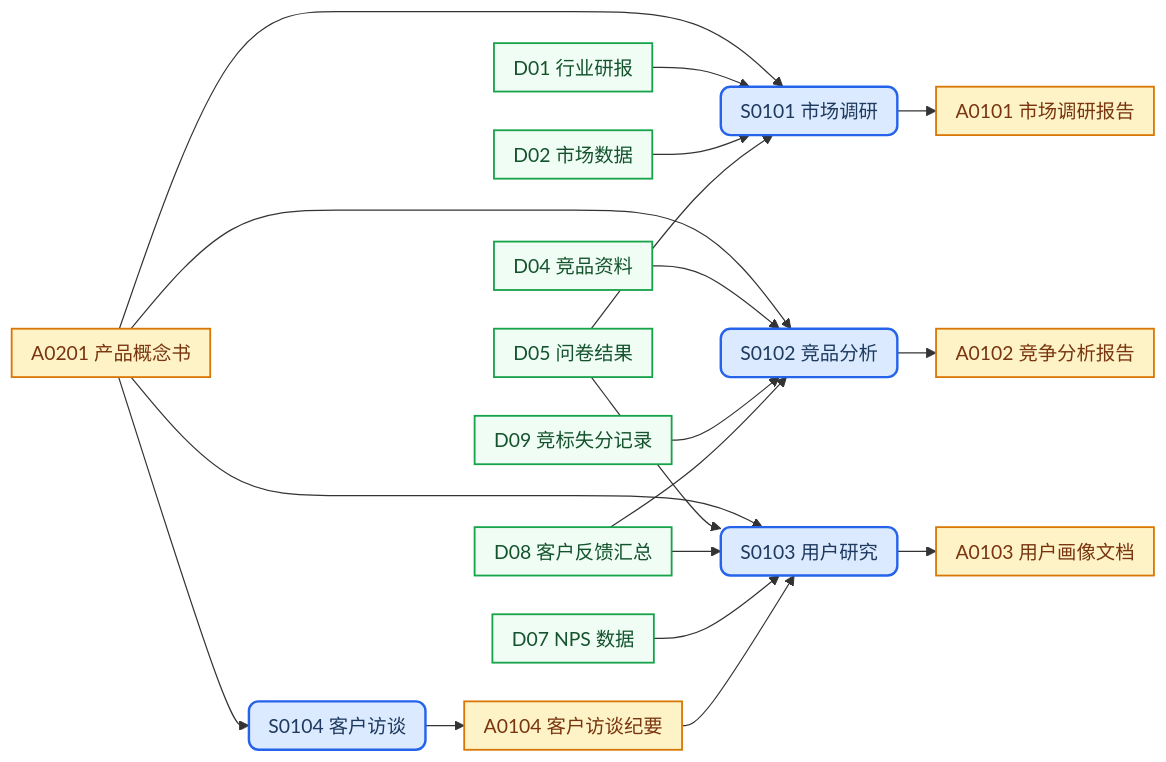
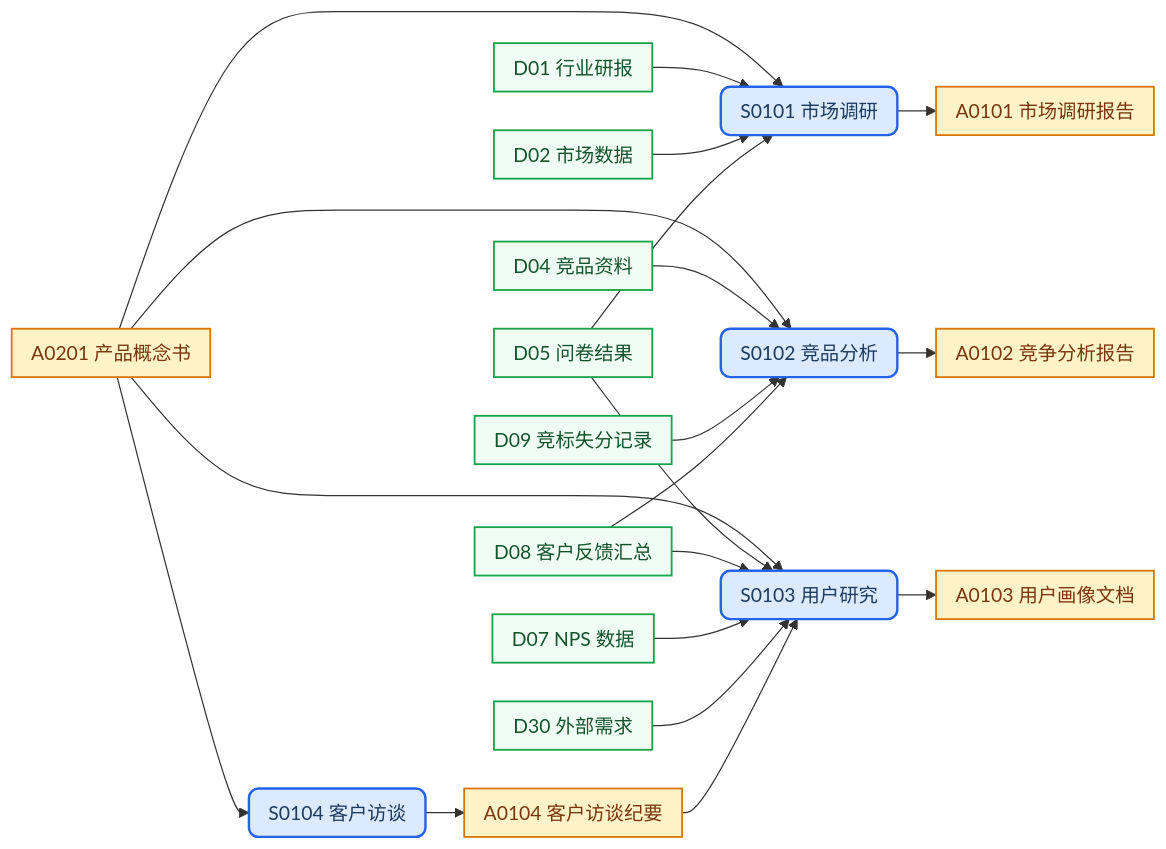
One commit to it188-networkx/crm-product changed the first of 2 diagrams in discovery/AGENTS.md. Above: the diagram before and after it, drawn with Mermaid. The commit also changed other lines of this file and 21 other files, not shown here.

````diff
--- a/discovery/AGENTS.md
+++ b/discovery/AGENTS.md
@@ -24,48 +24,50 @@
 ```mermaid
 %%{init: {'flowchart': {'padding': 8, 'nodeSpacing': 32, 'rankSpacing': 32}} }%%
 graph LR
     classDef sop fill:#DBEAFE,stroke:#2563EB,stroke-width:2px,color:#1E3A5F,rx:8,ry:8
     classDef art fill:#FEF3C7,stroke:#D97706,stroke-width:1.5px,color:#78350F
     classDef dat fill:#F0FDF4,stroke:#16A34A,stroke-width:1.5px,color:#14532D
 
     A0201["A0201 产品概念书"]:::art
 
     D01["D01 行业研报"]:::dat
     D02["D02 市场数据"]:::dat
     D04["D04 竞品资料"]:::dat
     D05["D05 问卷结果"]:::dat
     D07["D07 NPS 数据"]:::dat
     D08["D08 客户反馈汇总"]:::dat
     D09["D09 竞标失分记录"]:::dat
+    D30["D30 外部需求"]:::dat
 
     S0101["S0101 市场调研"]:::sop
     A0101["A0101 市场调研报告"]:::art
     S0102["S0102 竞品分析"]:::sop
     A0102["A0102 竞争分析报告"]:::art
     S0103["S0103 用户研究"]:::sop
     A0103["A0103 用户画像文档"]:::art
     S0104["S0104 客户访谈"]:::sop
     A0104["A0104 客户访谈纪要"]:::art
 
     A0201 --> S0101
     D01 --> S0101
     D02 --> S0101
     D05 --> S0101
     S0101 --> A0101
 
     A0201 --> S0102
     D04 --> S0102
     D09 --> S0102
     D08 --> S0102
     S0102 --> A0102
 
     A0201 --> S0103
     D05 --> S0103
     D08 --> S0103
     D07 --> S0103
+    D30 --> S0103
     A0104 --> S0103
     S0103 --> A0103
 
     A0201 --> S0104
     S0104 --> A0104
 ```
````
